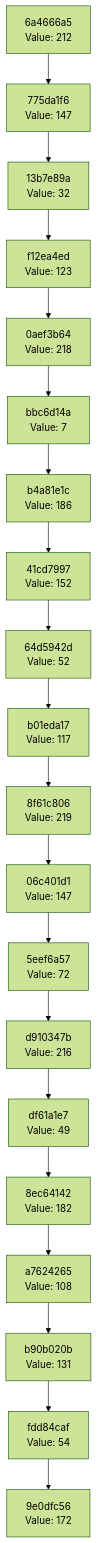
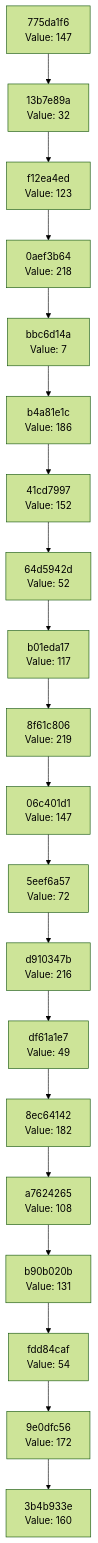
The diagram in docs/CHAIN_VISUALIZATION.md (Abhisheksinha1506/hash-chain-evolver), drawn with Mermaid (forest theme) before and after one commit. The commit also changed 3 other files, not shown here.

````diff
--- a/docs/CHAIN_VISUALIZATION.md
+++ b/docs/CHAIN_VISUALIZATION.md
@@ -3,42 +3,42 @@
 ```mermaid
 graph TD
-    C0["9e0dfc56<br/>Value: 172"]
-    C1["fdd84caf<br/>Value: 54"]
+    C0["3b4b933e<br/>Value: 160"]
+    C1["9e0dfc56<br/>Value: 172"]
     C1 --> C0
-    C2["b90b020b<br/>Value: 131"]
+    C2["fdd84caf<br/>Value: 54"]
     C2 --> C1
-    C3["a7624265<br/>Value: 108"]
+    C3["b90b020b<br/>Value: 131"]
     C3 --> C2
-    C4["8ec64142<br/>Value: 182"]
+    C4["a7624265<br/>Value: 108"]
     C4 --> C3
-    C5["df61a1e7<br/>Value: 49"]
+    C5["8ec64142<br/>Value: 182"]
     C5 --> C4
-    C6["d910347b<br/>Value: 216"]
+    C6["df61a1e7<br/>Value: 49"]
     C6 --> C5
-    C7["5eef6a57<br/>Value: 72"]
+    C7["d910347b<br/>Value: 216"]
     C7 --> C6
-    C8["06c401d1<br/>Value: 147"]
+    C8["5eef6a57<br/>Value: 72"]
     C8 --> C7
-    C9["8f61c806<br/>Value: 219"]
+    C9["06c401d1<br/>Value: 147"]
     C9 --> C8
-    C10["b01eda17<br/>Value: 117"]
+    C10["8f61c806<br/>Value: 219"]
     C10 --> C9
-    C11["64d5942d<br/>Value: 52"]
+    C11["b01eda17<br/>Value: 117"]
     C11 --> C10
-    C12["41cd7997<br/>Value: 152"]
+    C12["64d5942d<br/>Value: 52"]
     C12 --> C11
-    C13["b4a81e1c<br/>Value: 186"]
+    C13["41cd7997<br/>Value: 152"]
     C13 --> C12
-    C14["bbc6d14a<br/>Value: 7"]
+    C14["b4a81e1c<br/>Value: 186"]
     C14 --> C13
-    C15["0aef3b64<br/>Value: 218"]
+    C15["bbc6d14a<br/>Value: 7"]
     C15 --> C14
-    C16["f12ea4ed<br/>Value: 123"]
+    C16["0aef3b64<br/>Value: 218"]
     C16 --> C15
-    C17["13b7e89a<br/>Value: 32"]
+    C17["f12ea4ed<br/>Value: 123"]
     C17 --> C16
-    C18["775da1f6<br/>Value: 147"]
+    C18["13b7e89a<br/>Value: 32"]
     C18 --> C17
-    C19["6a4666a5<br/>Value: 212"]
+    C19["775da1f6<br/>Value: 147"]
     C19 --> C18
 ```
````
